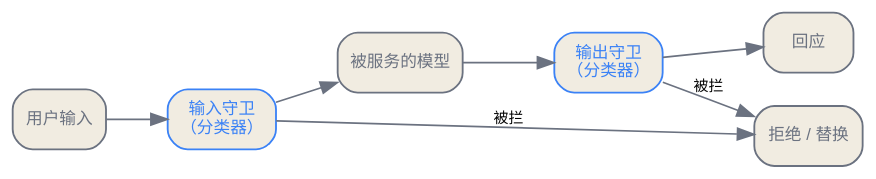
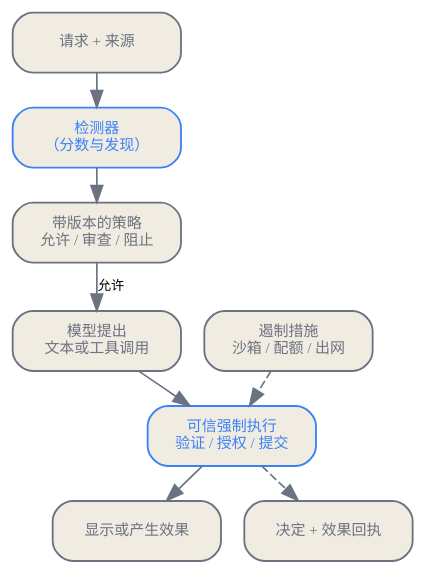
Before and after one commit to latere-ai/ai-as-an-infrastructure: the diagram in zh/safety/04-runtime-safety.qmd, drawn with Graphviz. The commit also changed other lines of this file and 3 other files, not shown here.

````diff
--- a/zh/safety/04-runtime-safety.qmd
+++ b/zh/safety/04-runtime-safety.qmd
@@ -17,21 +19,27 @@
 ```{dot}
-//| label: fig-runtime-guard-path
-//| fig-cap: "一道护栏把请求路径筛两次。输入分类器在那个昂贵的模型运行之前接住一个不被允许的请求；输出分类器在一个不被允许的生成抵达用户之前接住它。两者都是独立的模型，独立于被服务的模型而更新，且都失败即关闭。"
-digraph guard {
-  rankdir=LR;
+//| label: fig-runtime-control-path
+//| fig-cap: "运行时控制路径。学习得到的检测器为带版本的策略决定提供证据。可信代码在显示内容或执行动作之前落实决定，遏制措施限制失效后果，回执则记录结果。"
+digraph runtime {
+  rankdir=TB;
   bgcolor="transparent";
-  node [shape=box, style="rounded,filled", fontname="Helvetica", fontsize=10, color="#6b7280", fontcolor="#6b7280", fillcolor="#f1ece1", penwidth=1.1];
-  edge [color="#6b7280", fontsize=9];
+  nodesep=0.2;
+  ranksep=0.28;
+  node [shape=box, style="rounded,filled", fontname="PingFang SC", fontsize=9, margin="0.08,0.06", width=1.4, color="#6b7280", fontcolor="#6b7280", fillcolor="#f1ece1", penwidth=1.1];
+  edge [fontname="PingFang SC", color="#6b7280", fontsize=8];
 
-  u   [label="用户输入"];
-  gi  [label="输入守卫\n（分类器）", color="#3b82f6", fontcolor="#3b82f6"];
-  m   [label="被服务的模型"];
-  go  [label="输出守卫\n（分类器）", color="#3b82f6", fontcolor="#3b82f6"];
-  o   [label="回应"];
-  ref [label="拒绝 / 替换"];
+  request [label="请求 + 来源"];
+  detect [label="检测器\n（分数与发现）", color="#3b82f6", fontcolor="#3b82f6"];
+  decide [label="带版本的策略\n允许 / 审查 / 阻止"];
+  model [label="模型提出\n文本或工具调用"];
+  enforce [label="可信强制执行\n验证 / 授权 / 提交", color="#3b82f6", fontcolor="#3b82f6"];
+  result [label="显示或产生效果"];
+  contain [label="遏制措施\n沙箱 / 配额 / 出网"];
+  receipt [label="决定 + 效果回执"];
 
-  u -> gi -> m -> go -> o;
-  gi -> ref [label="被拦"];
-  go -> ref [label="被拦"];
+  request -> detect -> decide;
+  decide -> model [label="允许"];
+  model -> enforce -> result;
+  contain -> enforce [style=dashed];
+  enforce -> receipt [style=dashed];
 }
 ```
````
